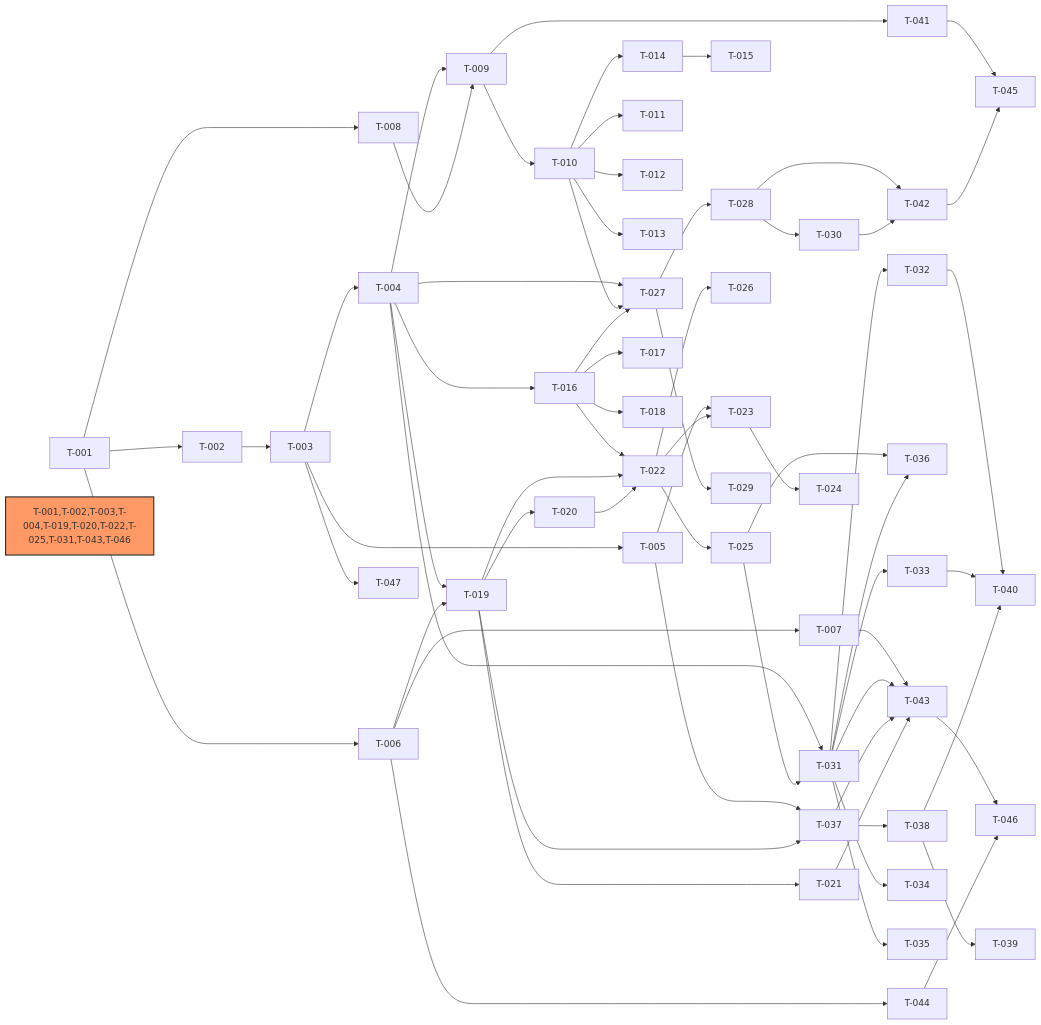
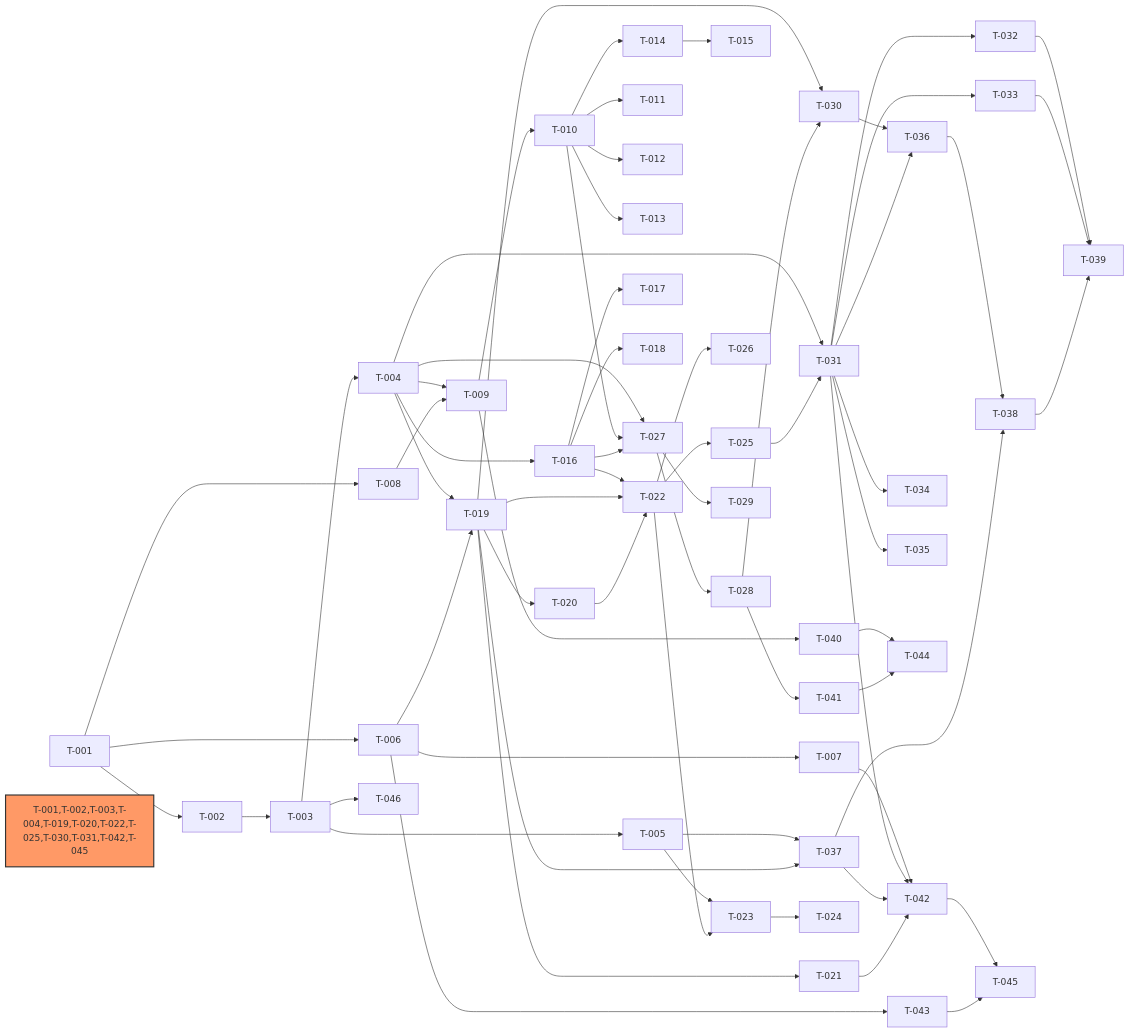
The diagram in docs/dev-plan/dev-plan-intellisource-v1.md (lync-cyber/intelli-source), drawn with Mermaid before and after one commit. The commit also changed other lines of this file and 8 other files, not shown here.

First line of the commit message:
refactor: unify agent dispatch architecture, remove sentiment analysis

````diff
--- a/docs/dev-plan/dev-plan-intellisource-v1.md
+++ b/docs/dev-plan/dev-plan-intellisource-v1.md
@@ -88,68 +93,68 @@
 ```mermaid
 graph LR
     T-001 --> T-002
     T-001 --> T-006
     T-001 --> T-008
     T-002 --> T-003
     T-003 --> T-004
     T-003 --> T-005
-    T-003 --> T-047
+    T-003 --> T-046
     T-004 --> T-009
     T-004 --> T-016
     T-004 --> T-019
     T-004 --> T-027
     T-004 --> T-031
     T-005 --> T-023
     T-005 --> T-037
     T-006 --> T-007
     T-006 --> T-019
-    T-006 --> T-044
-    T-007 --> T-043
+    T-006 --> T-043
+    T-007 --> T-042
     T-008 --> T-009
     T-009 --> T-010
-    T-009 --> T-041
+    T-009 --> T-040
     T-010 --> T-011
     T-010 --> T-012
     T-010 --> T-013
     T-010 --> T-014
     T-010 --> T-027
     T-014 --> T-015
     T-016 --> T-017
     T-016 --> T-018
     T-016 --> T-022
     T-016 --> T-027
     T-019 --> T-020
     T-019 --> T-021
     T-019 --> T-022
+    T-019 --> T-030
     T-019 --> T-037
     T-020 --> T-022
     T-022 --> T-023
     T-022 --> T-025
     T-022 --> T-026
     T-023 --> T-024
     T-025 --> T-031
-    T-025 --> T-036
     T-027 --> T-028
     T-027 --> T-029
     T-028 --> T-030
-    T-028 --> T-042
-    T-030 --> T-042
+    T-028 --> T-041
+    T-030 --> T-036
     T-031 --> T-032
     T-031 --> T-033
     T-031 --> T-034
     T-031 --> T-035
     T-031 --> T-036
-    T-031 --> T-043
-    T-032 --> T-040
-    T-033 --> T-040
+    T-031 --> T-042
+    T-032 --> T-039
+    T-033 --> T-039
+    T-036 --> T-038
     T-037 --> T-038
-    T-037 --> T-043
+    T-037 --> T-042
     T-038 --> T-039
-    T-038 --> T-040
-    T-021 --> T-043
-    T-041 --> T-045
+    T-021 --> T-042
+    T-040 --> T-044
+    T-041 --> T-044
     T-042 --> T-045
-    T-043 --> T-046
-    T-044 --> T-046
-    style T-001,T-002,T-003,T-004,T-019,T-020,T-022,T-025,T-031,T-043,T-046 fill:#f96,stroke:#333,stroke-width:2px
+    T-043 --> T-045
+    style T-001,T-002,T-003,T-004,T-019,T-020,T-022,T-025,T-030,T-031,T-042,T-045 fill:#f96,stroke:#333,stroke-width:2px
 ```
````
